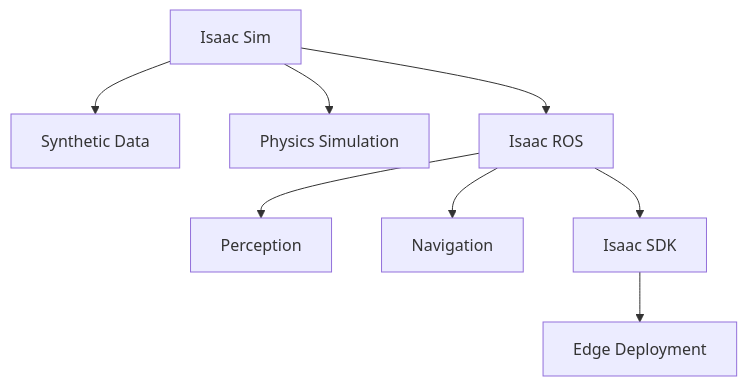
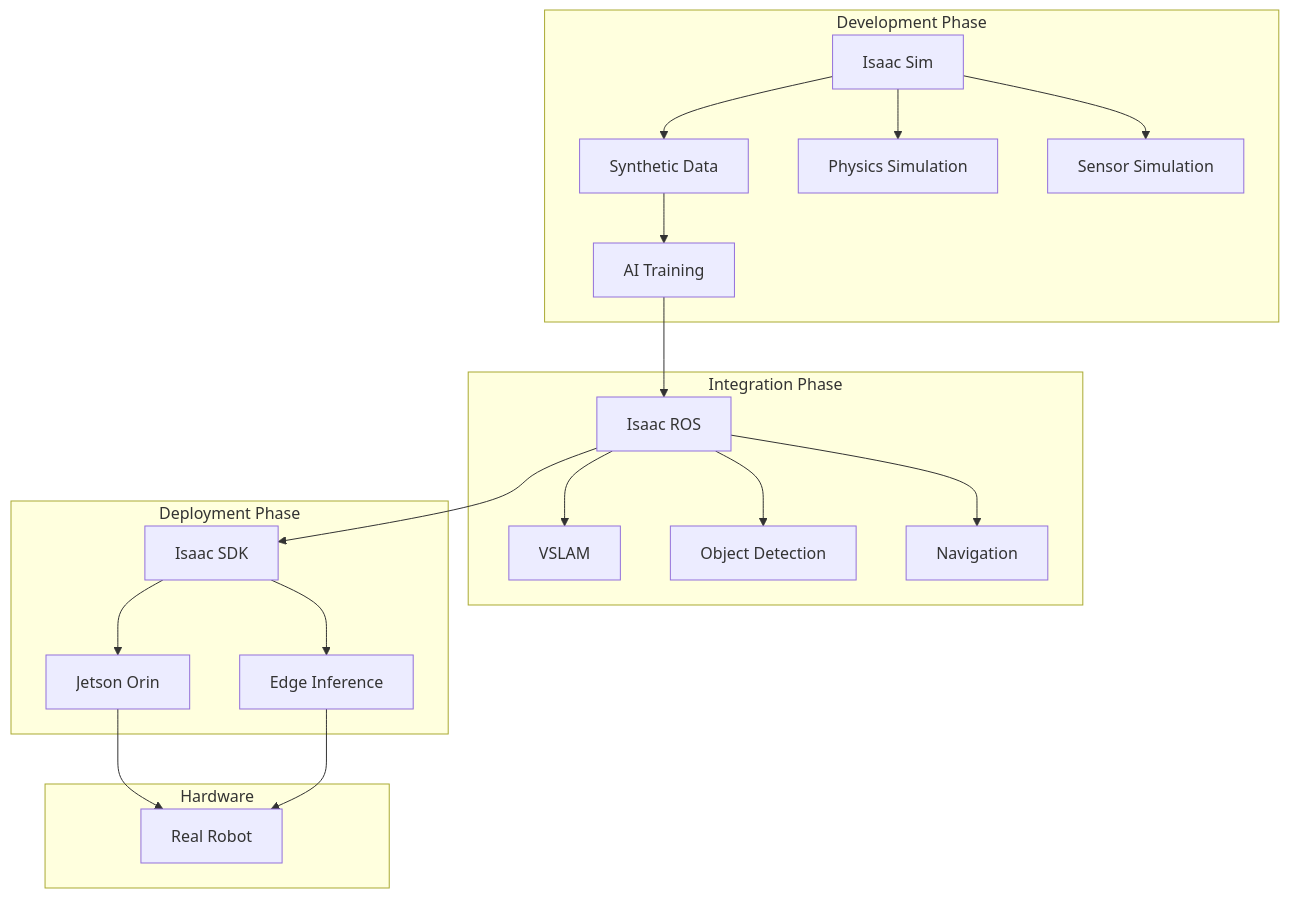
One commit to Tasneem-Ibrahim/physical-ai-and-humanoid-robotics changed the diagram in docs/docs/module3/week8-isaac.md. Above: the diagram before and after it, drawn with Mermaid. The commit also changed other lines of this file and 15 other files, not shown here.

````diff
--- a/docs/docs/module3/week8-isaac.md
+++ b/docs/docs/module3/week8-isaac.md
@@ -20,10 +47,27 @@
 ```mermaid
 graph TB
-    A[Isaac Sim] --> B[Synthetic Data]
-    A --> C[Physics Simulation]
-    D[Isaac ROS] --> E[Perception]
-    D --> F[Navigation]
-    G[Isaac SDK] --> H[Edge Deployment]
-    A --> D
-    D --> G
+    subgraph "Development Phase"
+        A[Isaac Sim] --> B[Synthetic Data]
+        A --> C[Physics Simulation]
+        A --> D[Sensor Simulation]
+        B --> E[AI Training]
+    end
+    
+    subgraph "Integration Phase"
+        F[Isaac ROS] --> G[VSLAM]
+        F --> H[Object Detection]
+        F --> I[Navigation]
+        E --> F
+    end
+    
+    subgraph "Deployment Phase"
+        J[Isaac SDK] --> K[Jetson Orin]
+        J --> L[Edge Inference]
+        F --> J
+    end
+    
+    subgraph "Hardware"
+        K --> M[Real Robot]
+        L --> M
+    end
 ```
````
